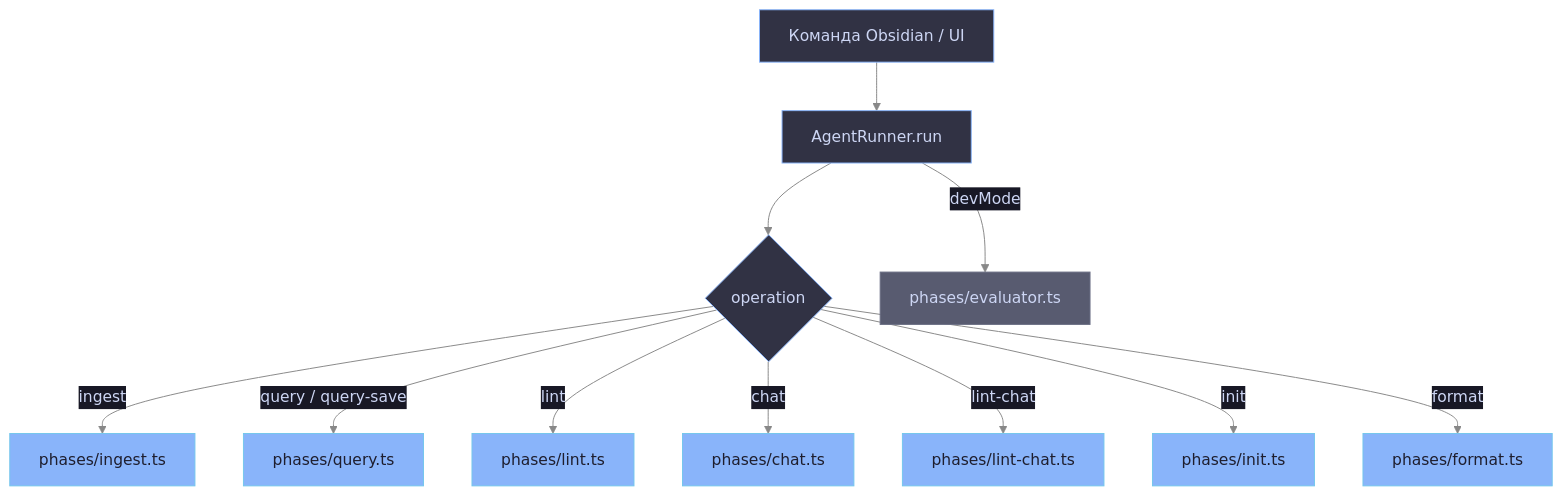
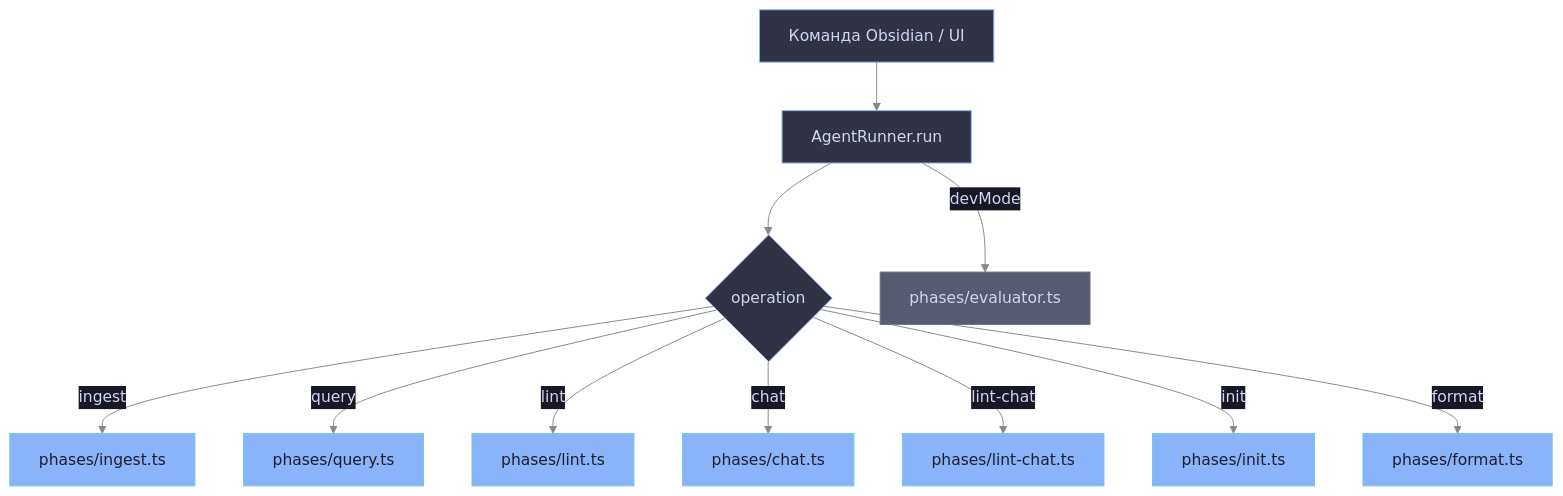
The second of 5 diagrams in docs/prompt-architecture.md (ikeniborn/obsidian-ai-wiki), drawn with Mermaid before and after one commit. The commit also changed other lines of this file, not shown here.

Commit message:
docs: update prompt-architecture — query naming, diagram clarifications, lint-chat

````diff
--- a/docs/prompt-architecture.md
+++ b/docs/prompt-architecture.md
@@ -83,22 +83,22 @@
 ```mermaid
 %%{init: {'theme': 'base', 'themeVariables': {'background': '#1e1e2e', 'primaryColor': '#313244', 'primaryTextColor': '#cdd6f4', 'primaryBorderColor': '#89b4fa', 'lineColor': '#888888', 'secondaryColor': '#181825', 'tertiaryColor': '#45475a'}}}%%
 flowchart TD
     UI["Команда Obsidian / UI"]
     UI --> AR["AgentRunner.run"]
     AR --> OP{"operation"}
 
     OP -->|ingest| PI["phases/ingest.ts"]
-    OP -->|"query / query-save"| PQ["phases/query.ts"]
+    OP -->|query| PQ["phases/query.ts"]
     OP -->|lint| PL["phases/lint.ts"]
     OP -->|chat| PC["phases/chat.ts"]
     OP -->|lint-chat| PLC["phases/lint-chat.ts"]
     OP -->|init| PIN["phases/init.ts"]
     OP -->|format| PF["phases/format.ts"]
 
     AR -->|devMode| PE["phases/evaluator.ts"]
 
     classDef phase fill:#89b4fa,color:#1e1e2e,stroke:#74c7ec
     classDef dev   fill:#585b70,color:#cdd6f4,stroke:#6c7086
     class PI,PQ,PL,PC,PLC,PIN,PF phase
     class PE dev
 ```
````
